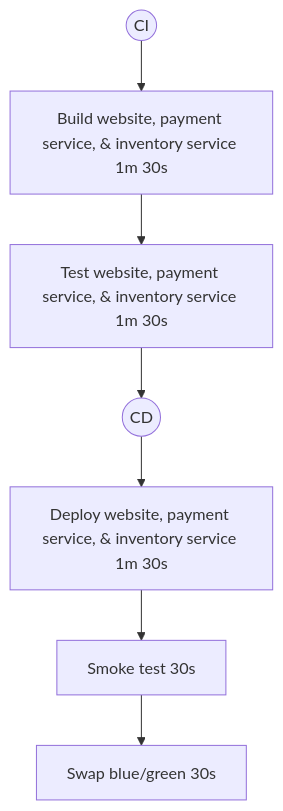
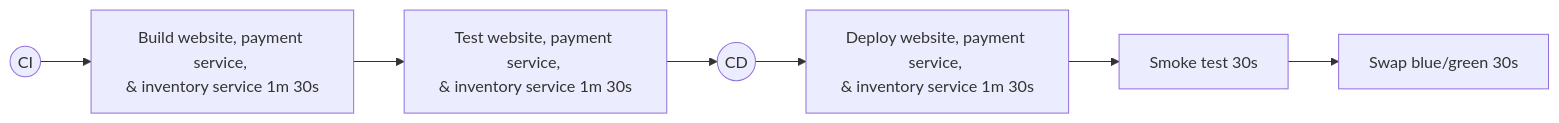
Before and after one commit to samsmithnz/ParallelPipelinesDemo: the first of 2 diagrams in README.md, drawn with Mermaid. The commit also changed other lines of this file, not shown here.

````diff
--- a/README.md
+++ b/README.md
@@ -5,5 +5,5 @@
 ```mermaid
-  graph TD;
-      ci((CI))-->buildAll[Build website, payment service, & inventory service 1m 30s]-->testAll[Test website, payment service, & inventory service 1m 30s]-->cd((CD));
-      cd((CD))-->deployAll[Deploy website, payment service, & inventory service 1m 30s]-->smoke[Smoke test 30s]-->swap[Swap blue/green 30s];
+  graph LR;
+      ci((CI))-->buildAll[Build website, payment service, <br/>& inventory service 1m 30s]-->testAll[Test website, payment service, <br/>& inventory service 1m 30s]-->cd((CD));
+      cd((CD))-->deployAll[Deploy website, payment service, <br/>& inventory service 1m 30s]-->smoke[Smoke test 30s]-->swap[Swap blue/green 30s];
 ```
````
